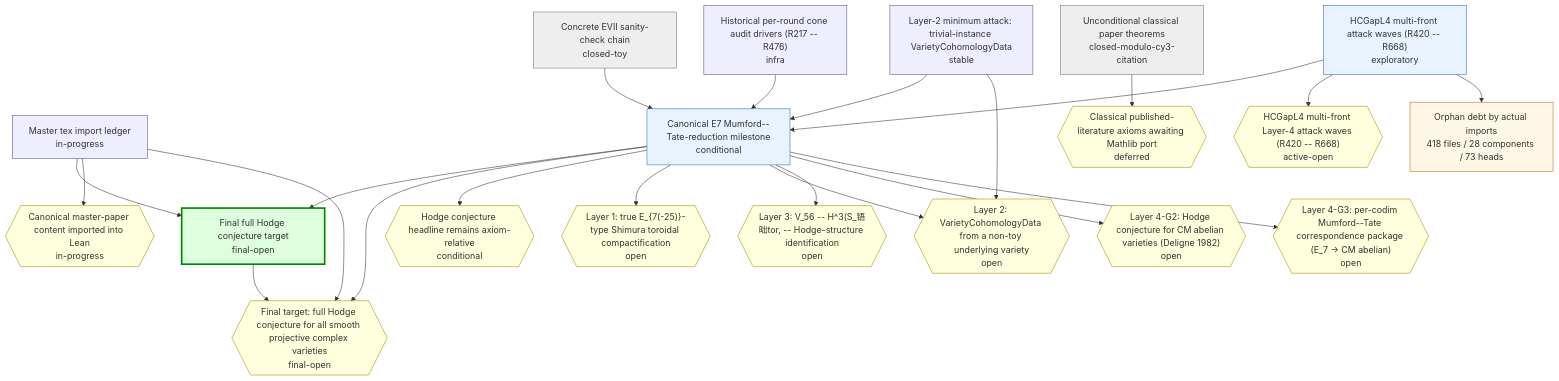
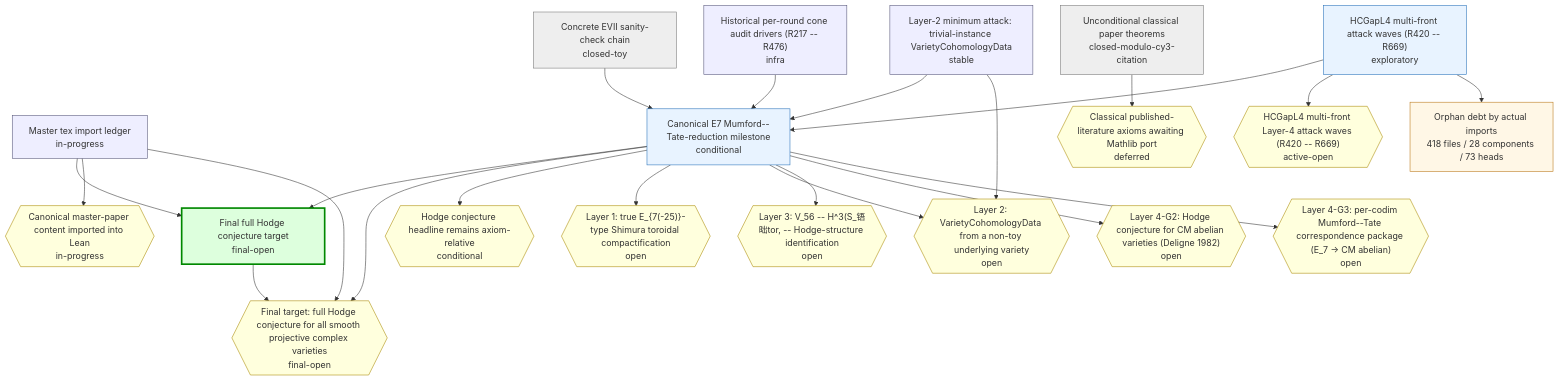
Before and after one commit to crabsatellite/hodge-conjecture-lean4-formalization: the first of 2 diagrams in chain-status/research-map.md, drawn with Mermaid. The commit also changed other lines of this file and 8 other files, not shown here.

````diff
--- a/chain-status/research-map.md
+++ b/chain-status/research-map.md
@@ -46,54 +46,54 @@
 ```mermaid
 graph TD
   classDef main fill:#dfd,stroke:#080,stroke-width:3px
   classDef active fill:#e8f3ff,stroke:#2670b8
   classDef support fill:#eef,stroke:#557
   classDef closed fill:#eee,stroke:#777
   classDef dead fill:#fdd,stroke:#a00,stroke-width:2px
   classDef gapOpen fill:#ffd,stroke:#a80
   classDef gapClosed fill:#eee,stroke:#777
   classDef gapDead fill:#fdd,stroke:#a00
   classDef debt fill:#fff7e6,stroke:#b87514
   classDef debtTaxonomy fill:#e8f3ff,stroke:#2670b8,stroke-dasharray:3 3
   classDef debtRule fill:#eefbea,stroke:#398439,stroke-dasharray:3 3
   classDef debtDead fill:#fdd,stroke:#a00,stroke-dasharray:3 3
   chain_full_hc_final_target["Final full Hodge conjecture target\nfinal-open"]:::main
   chain_master_paper_import_ledger["Master tex import ledger\nin-progress"]:::support
   chain_main_hc_axiom_relative["Canonical E7 Mumford--Tate-reduction milestone\nconditional"]:::active
   chain_unconditional_classical["Unconditional classical paper theorems\nclosed-modulo-cy3-citation"]:::closed
   chain_hcgap_l2_trivial_instances["Layer-2 minimum attack: trivial-instance VarietyCohomologyData\nstable"]:::support
-  chain_hcgap_l4_multifront_active["HCGapL4 multi-front attack waves (R420 -- R668)\nexploratory"]:::active
+  chain_hcgap_l4_multifront_active["HCGapL4 multi-front attack waves (R420 -- R669)\nexploratory"]:::active
   chain_concrete_evii_toy["Concrete EVII sanity-check chain\nclosed-toy"]:::closed
   chain_historical_cone_audits["Historical per-round cone audit drivers (R217 -- R476)\ninfra"]:::support
   gap_G_full_hc{{"Final target: full Hodge conjecture for all smooth projective complex varieties\nfinal-open"}}:::gapOpen
   gap_G_master_paper_import{{"Canonical master-paper content imported into Lean\nin-progress"}}:::gapOpen
   gap_G_main_hc{{"Hodge conjecture headline remains axiom-relative\nconditional"}}:::gapOpen
   gap_G_l1_e7_shimura_tor{{"Layer 1: true E_{7(-25)}-type Shimura toroidal compactification\nopen"}}:::gapOpen
   gap_G_l2_cohomology_construction{{"Layer 2: VarietyCohomologyData from a non-toy underlying variety\nopen"}}:::gapOpen
   gap_G_l3_v56_mt_identification{{"Layer 3: V_56 -- H^3(S_铻昢tor, -- Hodge-structure identification\nopen"}}:::gapOpen
   gap_G_l4_cm_abelian_hc{{"Layer 4-G2: Hodge conjecture for CM abelian varieties (Deligne 1982)\nopen"}}:::gapOpen
   gap_G_l4_mt_correspondence{{"Layer 4-G3: per-codim Mumford--Tate correspondence package (E_7 -> CM abelian)\nopen"}}:::gapOpen
   gap_G_classical_mathlib_port{{"Classical published-literature axioms awaiting Mathlib port\ndeferred"}}:::gapOpen
-  gap_G_hcgap_l4_multifront{{"HCGapL4 multi-front Layer-4 attack waves (R420 -- R668)\nactive-open"}}:::gapOpen
+  gap_G_hcgap_l4_multifront{{"HCGapL4 multi-front Layer-4 attack waves (R420 -- R669)\nactive-open"}}:::gapOpen
   chain_full_hc_final_target --> gap_G_full_hc
   chain_master_paper_import_ledger --> chain_full_hc_final_target
   chain_master_paper_import_ledger --> gap_G_master_paper_import
   chain_master_paper_import_ledger --> gap_G_full_hc
   chain_main_hc_axiom_relative --> chain_full_hc_final_target
   chain_main_hc_axiom_relative --> gap_G_full_hc
   chain_main_hc_axiom_relative --> gap_G_main_hc
   chain_main_hc_axiom_relative --> gap_G_l1_e7_shimura_tor
   chain_main_hc_axiom_relative --> gap_G_l2_cohomology_construction
   chain_main_hc_axiom_relative --> gap_G_l3_v56_mt_identification
   chain_main_hc_axiom_relative --> gap_G_l4_cm_abelian_hc
   chain_main_hc_axiom_relative --> gap_G_l4_mt_correspondence
   chain_unconditional_classical --> gap_G_classical_mathlib_port
   chain_hcgap_l2_trivial_instances --> chain_main_hc_axiom_relative
   chain_hcgap_l2_trivial_instances --> gap_G_l2_cohomology_construction
   chain_hcgap_l4_multifront_active --> chain_main_hc_axiom_relative
   chain_hcgap_l4_multifront_active --> gap_G_hcgap_l4_multifront
   chain_concrete_evii_toy --> chain_main_hc_axiom_relative
   chain_historical_cone_audits --> chain_main_hc_axiom_relative
   debt_all["Orphan debt by actual imports\n418 files / 28 components / 73 heads"]:::debt
   chain_hcgap_l4_multifront_active --> debt_all
 ```
````
